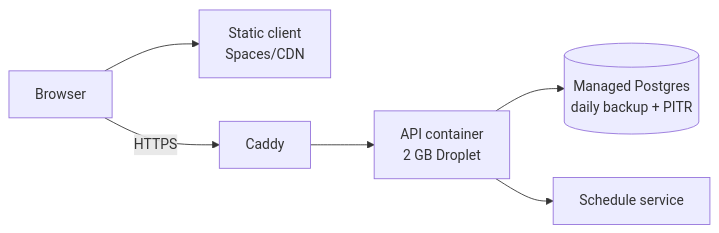
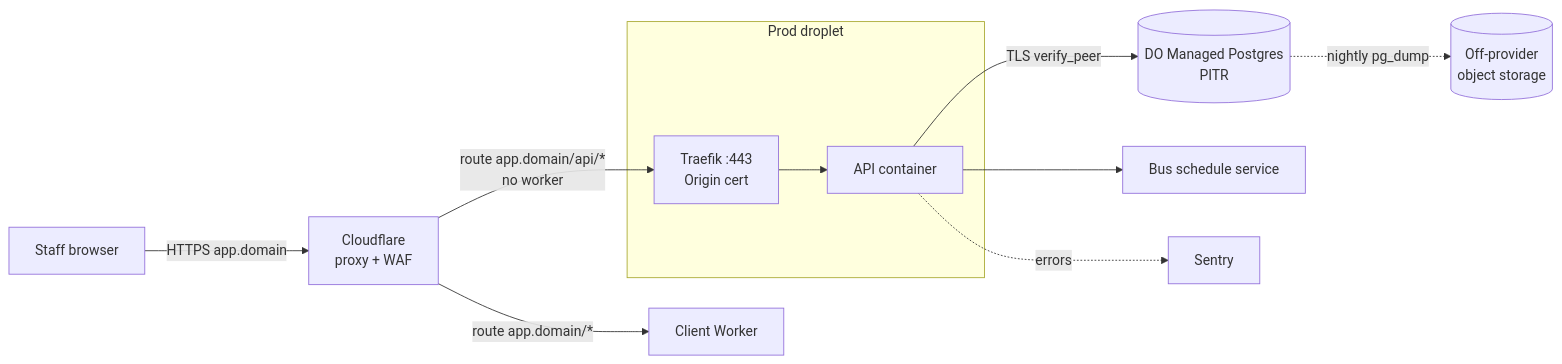
Before and after one commit to chanphiromsok/ex: the second of 4 diagrams in docs/system-design.md, drawn with Mermaid. The commit also changed other lines of this file and 16 other files, not shown here.

````diff
--- a/docs/system-design.md
+++ b/docs/system-design.md
@@ -46,7 +49,13 @@
 ```mermaid
 flowchart LR
-    B[Browser] --> CDN[Static client<br/>Spaces/CDN]
-    B -->|HTTPS| C[Caddy] --> A[API container<br/>2 GB Droplet]
-    A --> M[(Managed Postgres<br/>daily backup + PITR)]
-    A --> S[Schedule service]
+    U[Staff browser] -->|HTTPS app.domain| CF[Cloudflare<br/>proxy + WAF]
+    CF -->|route app.domain/*| W[Client Worker]
+    CF -->|route app.domain/api/*<br/>no worker| T
+    subgraph D[Prod droplet]
+      T[Traefik :443<br/>Origin cert] --> A[API container]
+    end
+    A -->|TLS verify_peer| M[(DO Managed Postgres<br/>PITR)]
+    M -. nightly pg_dump .-> B2[(Off-provider<br/>object storage)]
+    A --> SCH[Bus schedule service]
+    A -.errors.-> S[Sentry]
 ```
````
